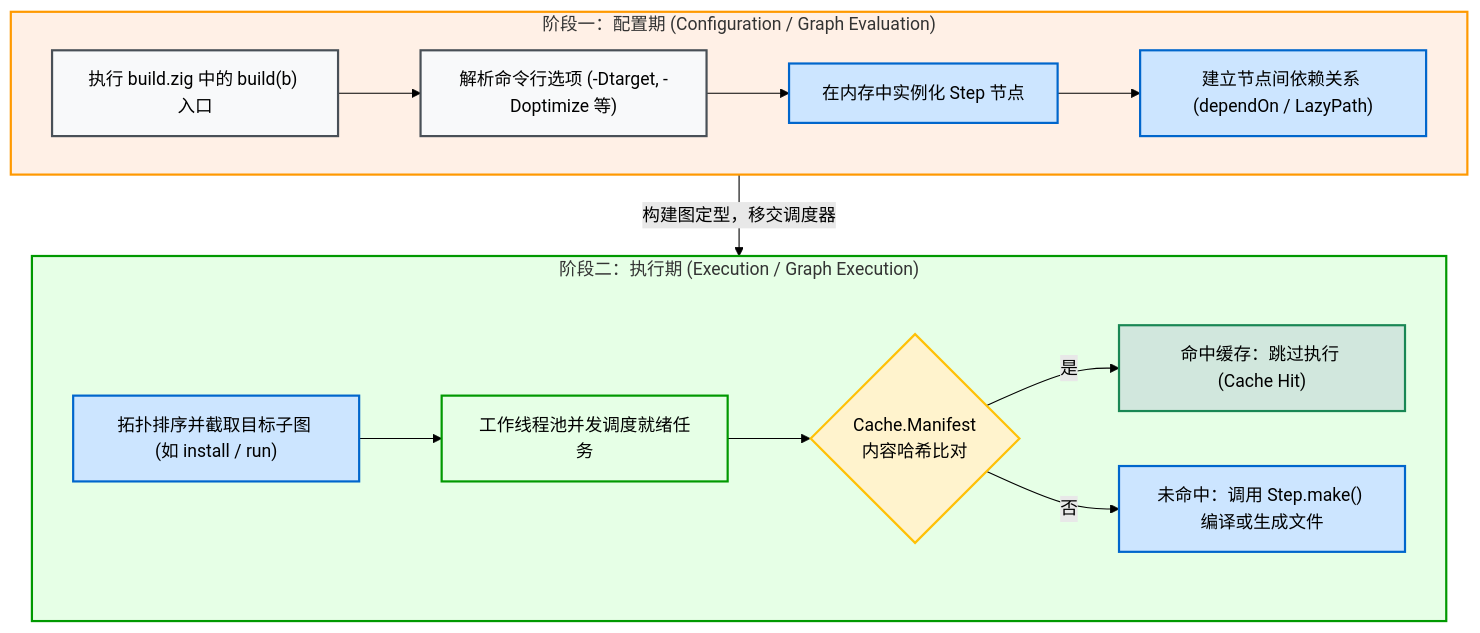
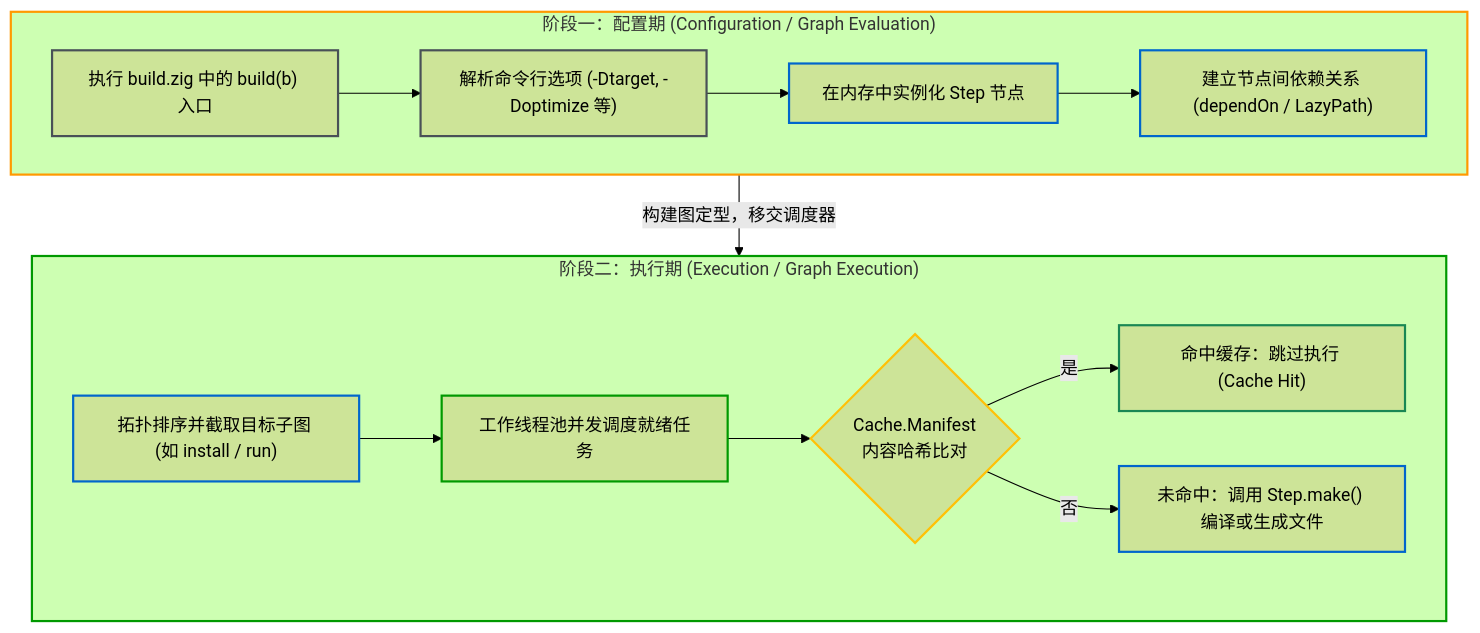
Before and after one commit to jiacai2050/x: the diagram in zig-build/src/concepts/phases-and-lifecycle.md, drawn with Mermaid (forest theme). The commit also changed 65 other files, not shown here.

````diff
--- a/zig-build/src/concepts/phases-and-lifecycle.md
+++ b/zig-build/src/concepts/phases-and-lifecycle.md
@@ -13,39 +13,39 @@
 ```mermaid
 graph TD
     subgraph Phase1 ["阶段一：配置期 (Configuration / Graph Evaluation)"]
         B_Code["执行 build.zig 中的 build(b) 入口"]
         B_Graph["在内存中实例化 Step 节点"]
         B_Option["解析命令行选项 (-Dtarget, -Doptimize 等)"]
         B_Edge["建立节点间依赖关系 (dependOn / LazyPath)"]
         B_Code --> B_Option
         B_Option --> B_Graph
         B_Graph --> B_Edge
     end
 
     subgraph Phase2 ["阶段二：执行期 (Execution / Graph Execution)"]
         E_Topo["拓扑排序并截取目标子图 (如 install / run)"]
         E_Pool["工作线程池并发调度就绪任务"]
         E_Cache{"Cache.Manifest<br/>内容哈希比对"}
         E_Skip["命中缓存：跳过执行 (Cache Hit)"]
         E_Worker["未命中：调用 Step.make() 编译或生成文件"]
         E_Topo --> E_Pool
         E_Pool --> E_Cache
         E_Cache -- "是" --> E_Skip
         E_Cache -- "否" --> E_Worker
     end
 
     Phase1 -- "构建图定型，移交调度器" --> Phase2
 
-    classDef default fill:#f8f9fa,stroke:#495057;
-    style Phase1 fill:#fff0e6,stroke:#ff9900,stroke-width:2px;
-    style Phase2 fill:#e6ffe6,stroke:#009900,stroke-width:2px;
-    style B_Code fill:#f8f9fa,stroke:#495057,stroke-width:2px;
-    style B_Option fill:#f8f9fa,stroke:#495057,stroke-width:2px;
-    style B_Graph fill:#cce5ff,stroke:#0066cc,stroke-width:2px;
-    style B_Edge fill:#cce5ff,stroke:#0066cc,stroke-width:2px;
-    style E_Topo fill:#cce5ff,stroke:#0066cc,stroke-width:2px;
-    style E_Pool fill:#e6ffe6,stroke:#009900,stroke-width:2px;
-    style E_Cache fill:#fff3cd,stroke:#ffc107,stroke-width:2px;
-    style E_Skip fill:#d1e7dd,stroke:#198754,stroke-width:2px;
-    style E_Worker fill:#cce5ff,stroke:#0066cc,stroke-width:2px;
+    classDef default stroke:#495057;
+    style Phase1 stroke:#ff9900,stroke-width:2px;
+    style Phase2 stroke:#009900,stroke-width:2px;
+    style B_Code stroke:#495057,stroke-width:2px;
+    style B_Option stroke:#495057,stroke-width:2px;
+    style B_Graph stroke:#0066cc,stroke-width:2px;
+    style B_Edge stroke:#0066cc,stroke-width:2px;
+    style E_Topo stroke:#0066cc,stroke-width:2px;
+    style E_Pool stroke:#009900,stroke-width:2px;
+    style E_Cache stroke:#ffc107,stroke-width:2px;
+    style E_Skip stroke:#198754,stroke-width:2px;
+    style E_Worker stroke:#0066cc,stroke-width:2px;
 ```
````
